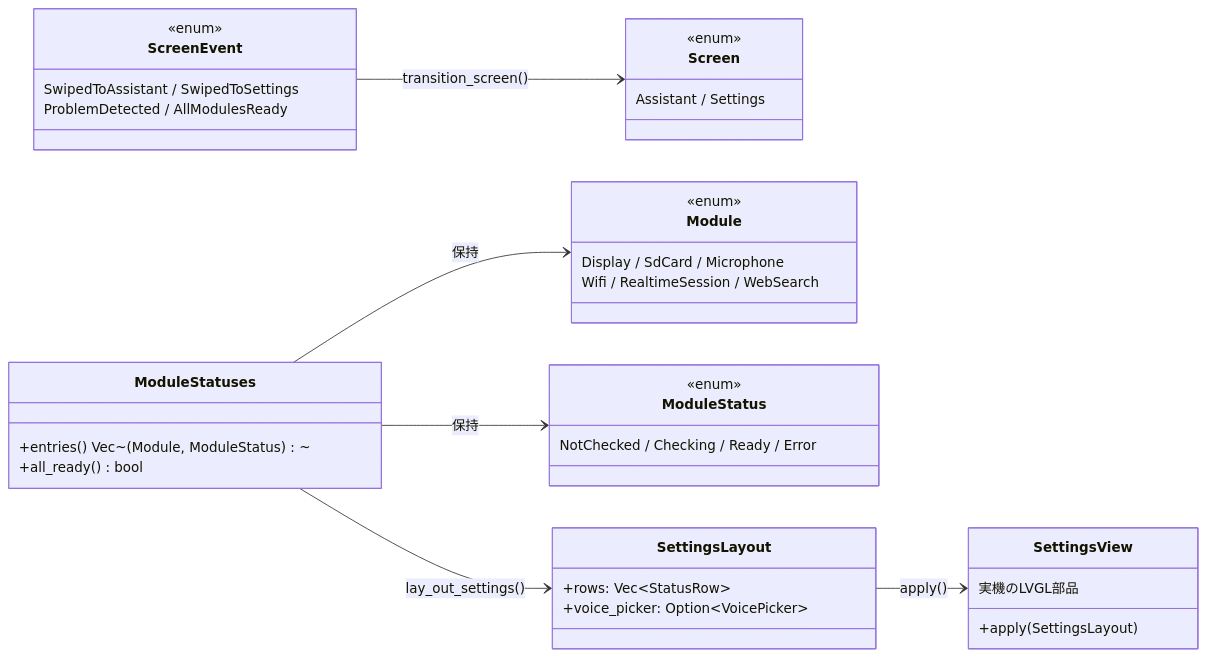
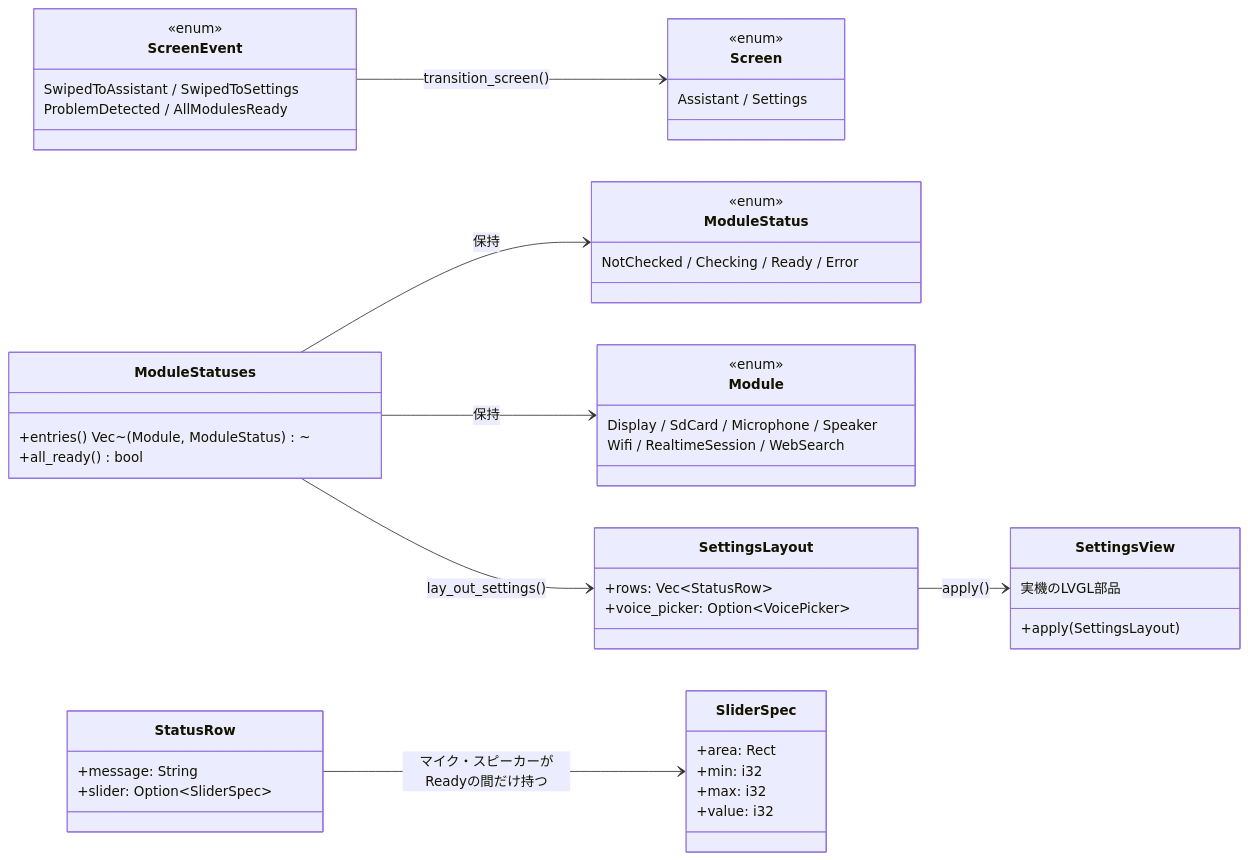
Before and after one commit to kibou-vision/m5a: the diagram in docs/design/settings.md, drawn with Mermaid. The commit also changed other lines of this file and 8 other files, not shown here.

````diff
--- a/docs/design/settings.md
+++ b/docs/design/settings.md
@@ -7,47 +7,61 @@
 ```mermaid
 classDiagram
   direction LR
 
   class Screen {
     <<enum>>
     Assistant / Settings
   }
 
   class ScreenEvent {
     <<enum>>
     SwipedToAssistant / SwipedToSettings
     ProblemDetected / AllModulesReady
   }
 
   class Module {
     <<enum>>
-    Display / SdCard / Microphone
+    Display / SdCard / Microphone / Speaker
     Wifi / RealtimeSession / WebSearch
   }
 
   class ModuleStatus {
     <<enum>>
     NotChecked / Checking / Ready / Error
   }
 
   class ModuleStatuses {
     +entries() Vec~(Module, ModuleStatus)~
     +all_ready() bool
   }
 
+  class StatusRow {
+    +message: String
+    +slider: Option~SliderSpec~
+  }
+
+  class SliderSpec {
+    +area: Rect
+    +min: i32
+    +max: i32
+    +value: i32
+  }
+
   class SettingsLayout {
     +rows: Vec~StatusRow~
     +voice_picker: Option~VoicePicker~
   }
+
+  StatusRow --> SliderSpec : マイク・スピーカーがReadyの間だけ持つ
 
   class SettingsView {
     実機のLVGL部品
     +apply(SettingsLayout)
   }
 
   ModuleStatuses --> ModuleStatus : 保持
   ModuleStatuses --> Module : 保持
   ModuleStatuses --> SettingsLayout : lay_out_settings()
   SettingsLayout --> SettingsView : apply()
   ScreenEvent --> Screen : transition_screen()
 ```
````
